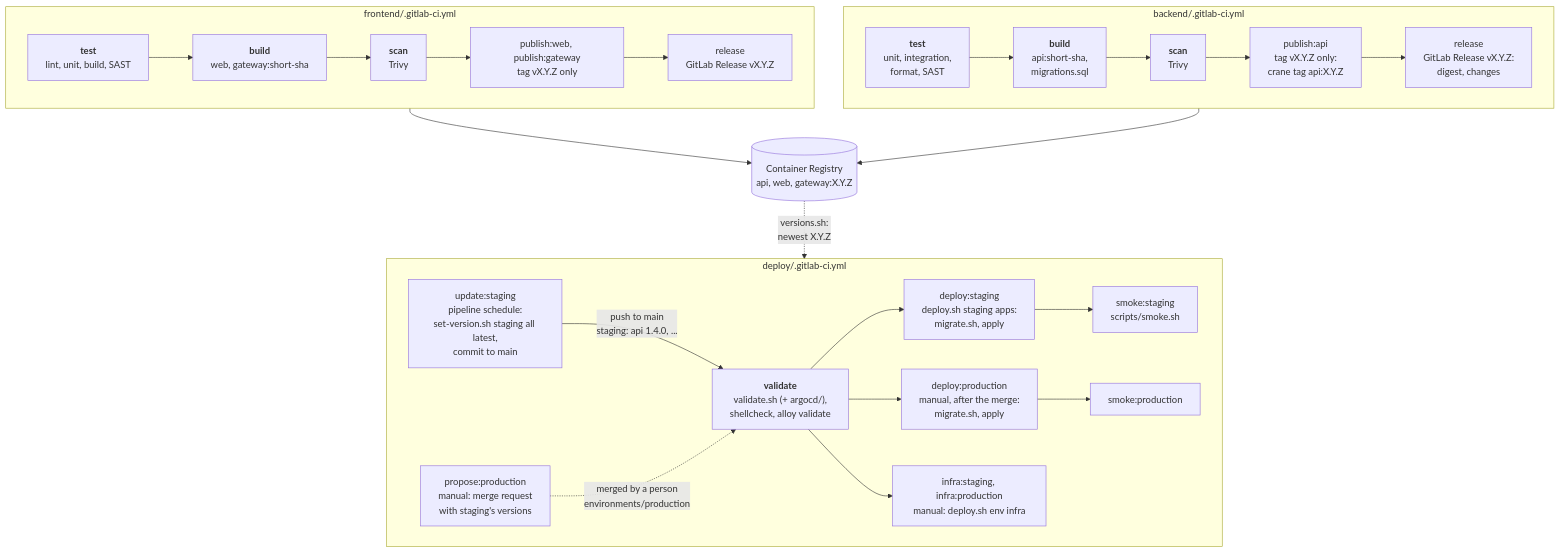
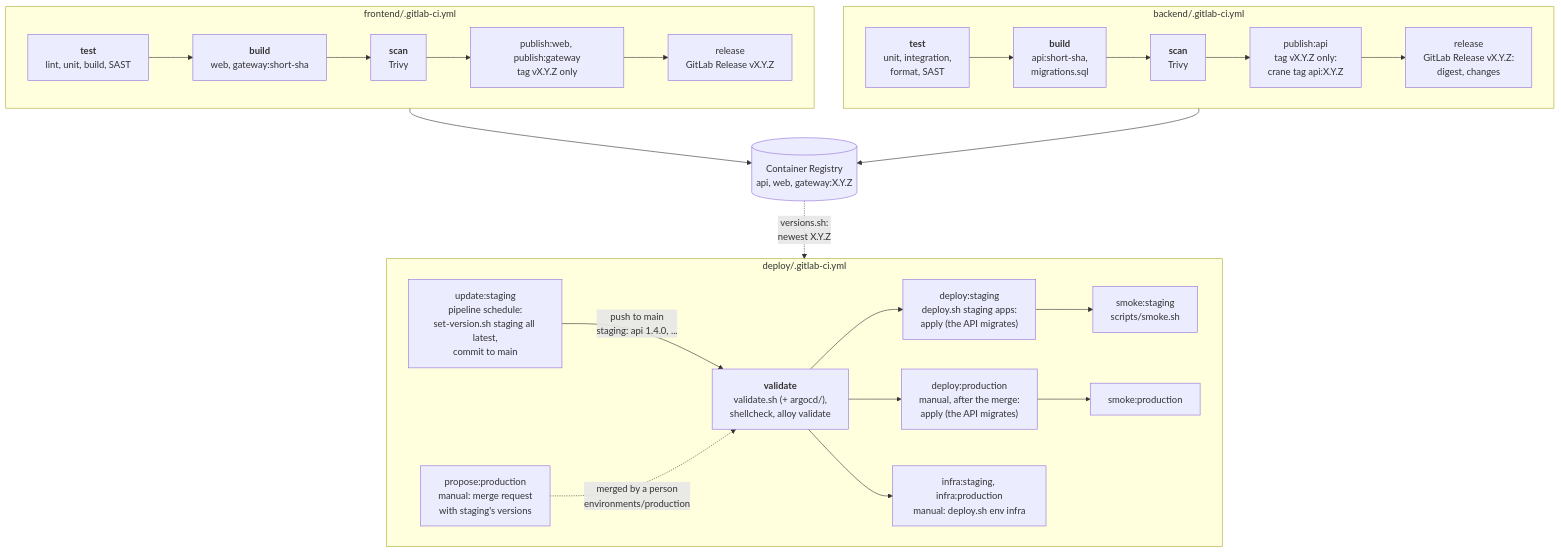
Before and after one commit to RubenCipriano/zeiss-product-management: diagram 15 of 19 in docs/flows.md, drawn with Mermaid. The commit also changed other lines of this file and 18 other files, not shown here.

````diff
--- a/docs/flows.md
+++ b/docs/flows.md
@@ -694,37 +736,37 @@
 ```mermaid
 flowchart TB
     subgraph be["backend/.gitlab-ci.yml"]
         direction LR
         bt["<b>test</b><br/>unit, integration,<br/>format, SAST"] --> bb["<b>build</b><br/>api:short-sha,<br/>migrations.sql"]
         bb --> bs["<b>scan</b><br/>Trivy"]
         bs --> bp["publish:api<br/>tag vX.Y.Z only:<br/>crane tag api:X.Y.Z"]
         bp --> br["release<br/>GitLab Release vX.Y.Z:<br/>digest, changes"]
     end
 
     subgraph fe["frontend/.gitlab-ci.yml"]
         direction LR
         ft["<b>test</b><br/>lint, unit, build, SAST"] --> fb["<b>build</b><br/>web, gateway:short-sha"]
         fb --> fs["<b>scan</b><br/>Trivy"]
         fs --> fp["publish:web, publish:gateway<br/>tag vX.Y.Z only"]
         fp --> fr["release<br/>GitLab Release vX.Y.Z"]
     end
 
     reg[("Container Registry<br/>api, web, gateway:X.Y.Z")]
     bp --> reg
     fp --> reg
 
     subgraph dp["deploy/.gitlab-ci.yml"]
         direction LR
         du["update:staging<br/>pipeline schedule:<br/>set-version.sh staging all latest,<br/>commit to main"]
         dpp["propose:production<br/>manual: merge request<br/>with staging's versions"]
-        dv["<b>validate</b><br/>validate.sh (+ argocd/),<br/>shellcheck, alloy validate"] --> dds["deploy:staging<br/>deploy.sh staging apps:<br/>migrate.sh, apply"]
+        dv["<b>validate</b><br/>validate.sh (+ argocd/),<br/>shellcheck, alloy validate"] --> dds["deploy:staging<br/>deploy.sh staging apps:<br/>apply (the API migrates)"]
         dds --> dss["smoke:staging<br/>scripts/smoke.sh"]
-        dv --> ddp["deploy:production<br/>manual, after the merge:<br/>migrate.sh, apply"]
+        dv --> ddp["deploy:production<br/>manual, after the merge:<br/>apply (the API migrates)"]
         ddp --> dsp["smoke:production"]
         dv --> di["infra:staging, infra:production<br/>manual: deploy.sh env infra"]
     end
 
     reg -.->|"versions.sh:<br/>newest X.Y.Z"| du
     du -->|"push to main<br/>staging: api 1.4.0, ..."| dv
     dpp -.->|"merged by a person<br/>environments/production"| dv
 ```
````
